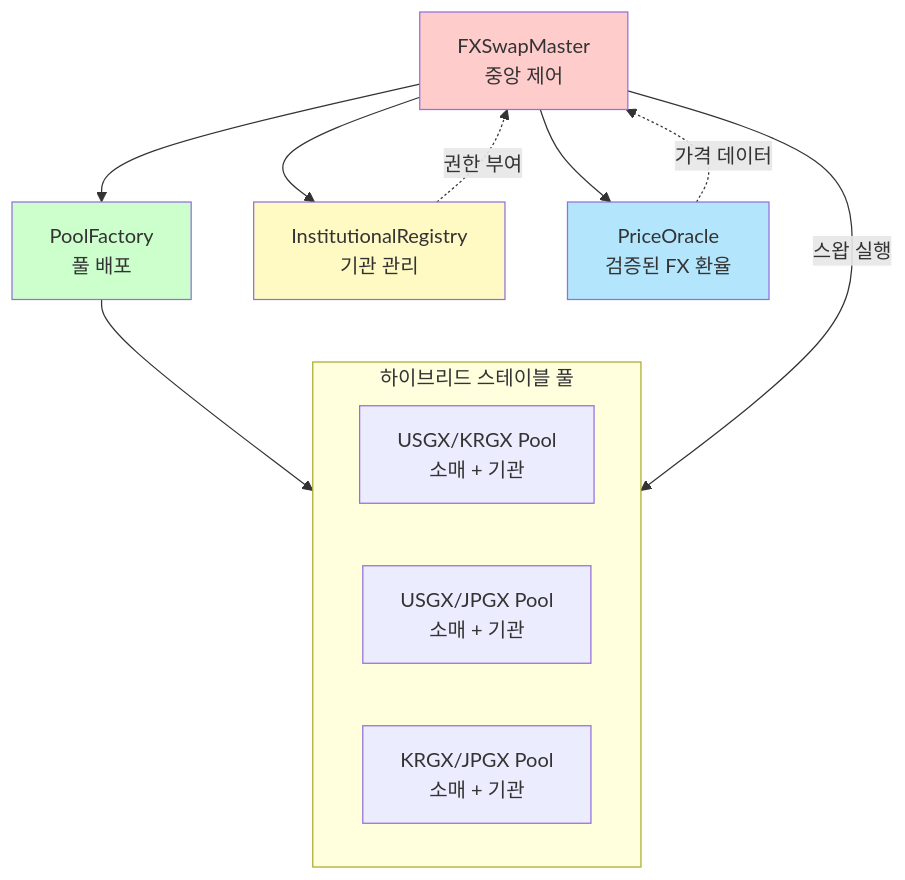
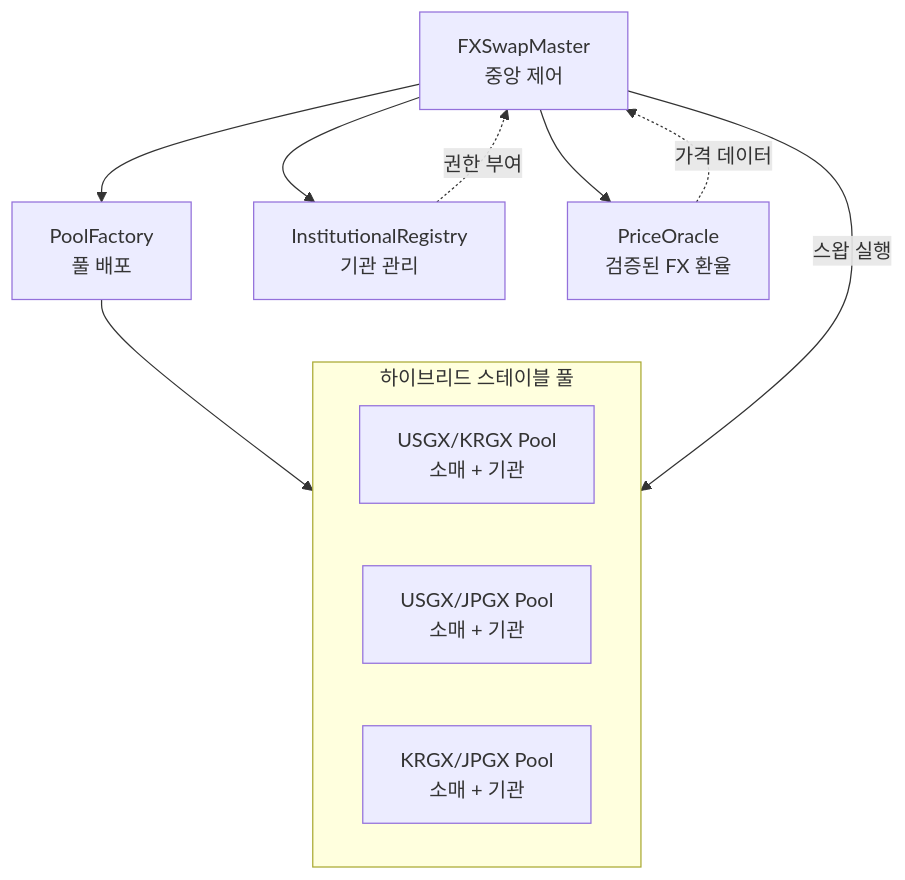
Before and after one commit to fbtopg/gurufin-docs: the second of 2 diagrams in gurudex/01_architecture_kr.md, drawn with Mermaid. The commit also changed other lines of this file and 18 other files, not shown here.

````diff
--- a/gurudex/01_architecture_kr.md
+++ b/gurudex/01_architecture_kr.md
@@ -149,32 +143,27 @@
 ```mermaid
 flowchart TB
     FXSwapMaster[FXSwapMaster<br/>중앙 제어]
     
     PoolFactory[PoolFactory<br/>풀 배포]
     
     InstitutionalRegistry[InstitutionalRegistry<br/>기관 관리]
     
     PriceOracle[PriceOracle<br/>검증된 FX 환율]
     
     subgraph Pools["하이브리드 스테이블 풀"]
         Pool1[USGX/KRGX Pool<br/>소매 + 기관]
         Pool2[USGX/JPGX Pool<br/>소매 + 기관]
         Pool3[KRGX/JPGX Pool<br/>소매 + 기관]
     end
     
     FXSwapMaster --> PoolFactory
     FXSwapMaster --> InstitutionalRegistry
     FXSwapMaster --> PriceOracle
     
     PoolFactory --> Pools
     
     InstitutionalRegistry -.권한 부여.-> FXSwapMaster
     PriceOracle -.가격 데이터.-> FXSwapMaster
     
     FXSwapMaster -->|스왑 실행| Pools
-    
-    style FXSwapMaster fill:#ffcccc
-    style PoolFactory fill:#ccffcc
-    style InstitutionalRegistry fill:#fff9c4
-    style PriceOracle fill:#b3e5fc
 ```
````
